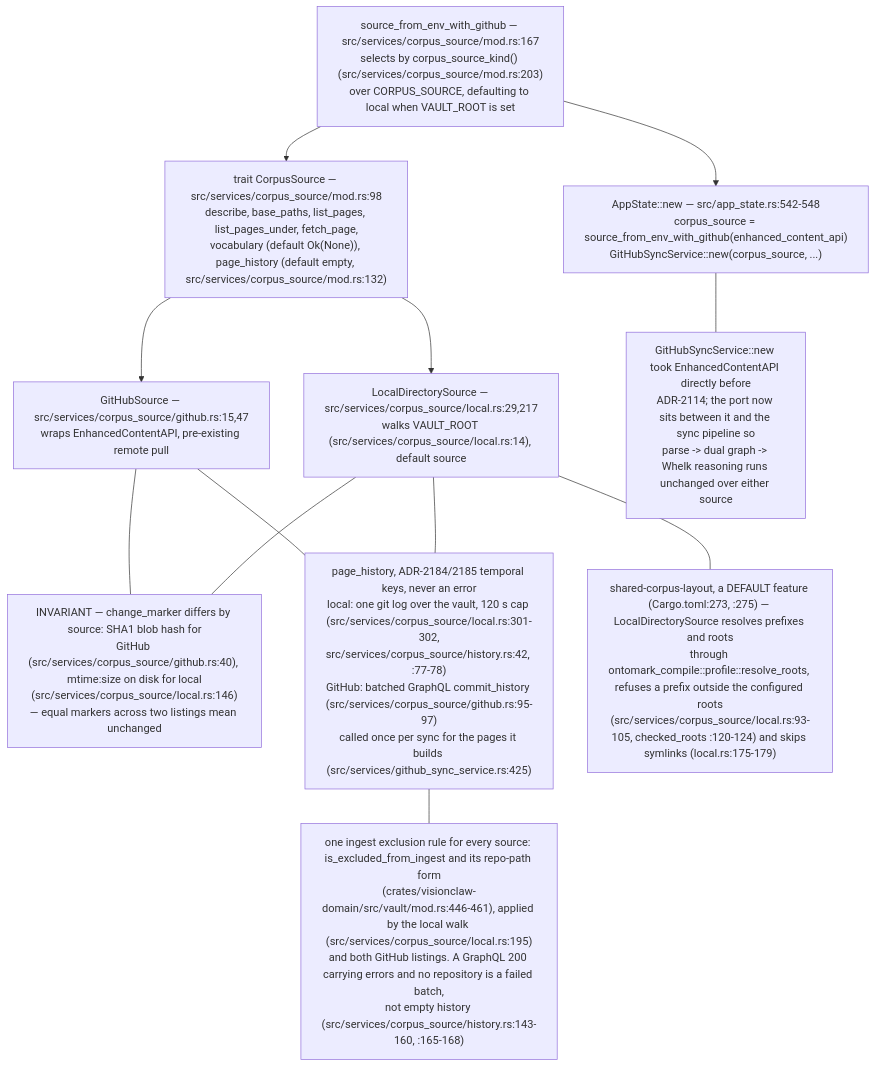
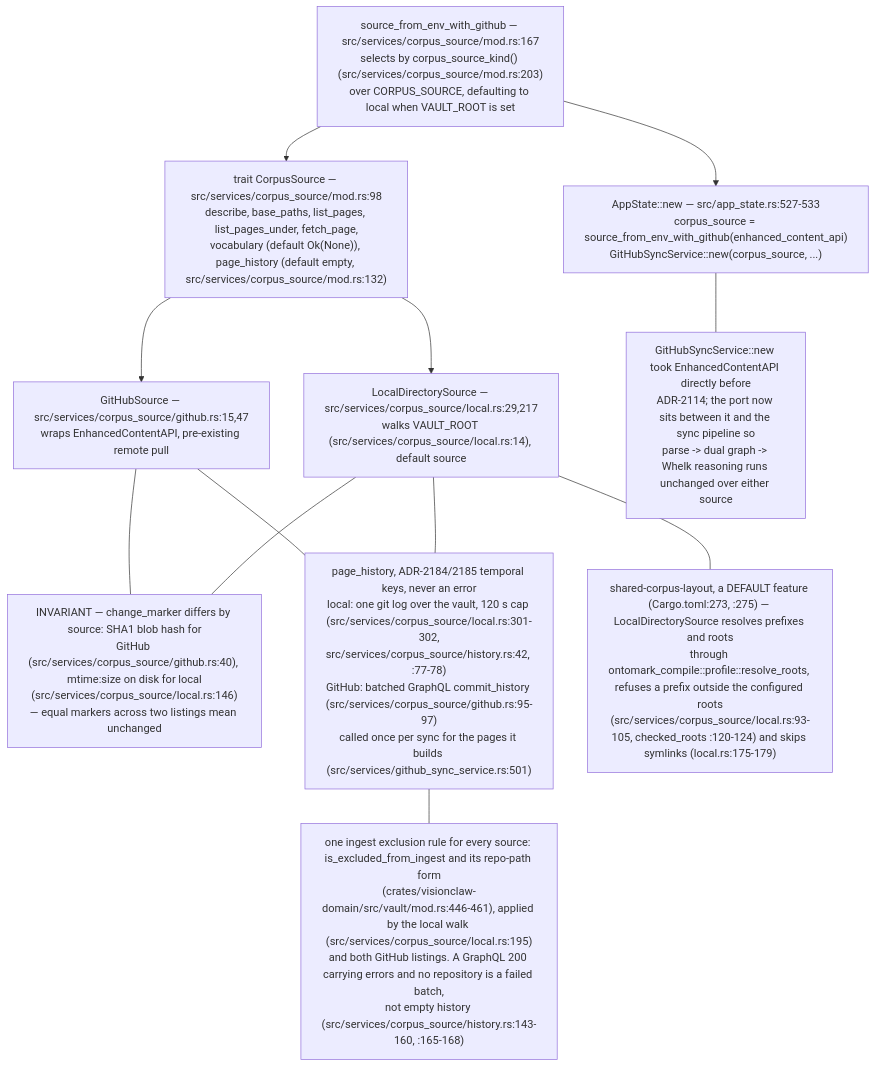
One commit to DreamLab-AI/VisionFlow changed the ninth of 9 diagrams in docs/diagrams/visionclaw/07-hexagonal-ports-and-crates.md. Above: the diagram before and after it, drawn with Mermaid. The commit also changed other lines of this file and 81 other files, not shown here.

First line of the commit message:
docs(diagrams): roll VisionClaw topics to main 010e1109b (PR 37 and 38 merged); fix remaining prose citations

````diff
--- a/docs/diagrams/visionclaw/07-hexagonal-ports-and-crates.md
+++ b/docs/diagrams/visionclaw/07-hexagonal-ports-and-crates.md
@@ -390,22 +390,22 @@
 ```mermaid
 flowchart TB
     T["trait CorpusSource — src/services/corpus_source/mod.rs:98<br/>describe, base_paths, list_pages, list_pages_under, fetch_page,<br/>vocabulary (default Ok(None)), page_history (default empty, src/services/corpus_source/mod.rs:132)"]
     T --> L["LocalDirectorySource — src/services/corpus_source/local.rs:29,217<br/>walks VAULT_ROOT (src/services/corpus_source/local.rs:14), default source"]
     T --> G["GitHubSource — src/services/corpus_source/github.rs:15,47<br/>wraps EnhancedContentAPI, pre-existing remote pull"]
     B["source_from_env_with_github — src/services/corpus_source/mod.rs:167<br/>selects by corpus_source_kind() (src/services/corpus_source/mod.rs:203)<br/>over CORPUS_SOURCE, defaulting to local when VAULT_ROOT is set"]
     B --> T
-    AS["AppState::new — src/app_state.rs:542-548<br/>corpus_source = source_from_env_with_github(enhanced_content_api)<br/>GitHubSyncService::new(corpus_source, ...)"]
+    AS["AppState::new — src/app_state.rs:527-533<br/>corpus_source = source_from_env_with_github(enhanced_content_api)<br/>GitHubSyncService::new(corpus_source, ...)"]
     B --> AS
     N1["INVARIANT — change_marker differs by source: SHA1 blob hash for<br/>GitHub (src/services/corpus_source/github.rs:40), mtime:size on disk for local<br/>(src/services/corpus_source/local.rs:146)<br/>— equal markers across two listings mean unchanged"]
     L --- N1
     G --- N1
     N2["GitHubSyncService::new took EnhancedContentAPI directly before<br/>ADR-2114; the port now sits between it and the sync pipeline so<br/>parse -> dual graph -> Whelk reasoning runs unchanged over either source"]
     AS --- N2
-    H["page_history, ADR-2184/2185 temporal keys, never an error<br/>local: one git log over the vault, 120 s cap (src/services/corpus_source/local.rs:301-302,<br/>src/services/corpus_source/history.rs:42, :77-78)<br/>GitHub: batched GraphQL commit_history (src/services/corpus_source/github.rs:95-97)<br/>called once per sync for the pages it builds (src/services/github_sync_service.rs:425)"]
+    H["page_history, ADR-2184/2185 temporal keys, never an error<br/>local: one git log over the vault, 120 s cap (src/services/corpus_source/local.rs:301-302,<br/>src/services/corpus_source/history.rs:42, :77-78)<br/>GitHub: batched GraphQL commit_history (src/services/corpus_source/github.rs:95-97)<br/>called once per sync for the pages it builds (src/services/github_sync_service.rs:501)"]
     L --- H
     G --- H
     N3["shared-corpus-layout, a DEFAULT feature (Cargo.toml:273, :275) — LocalDirectorySource resolves prefixes and roots<br/>through ontomark_compile::profile::resolve_roots, refuses a prefix outside the configured roots<br/>(src/services/corpus_source/local.rs:93-105, checked_roots :120-124) and skips symlinks (local.rs:175-179)"]
     L --- N3
     N4["one ingest exclusion rule for every source: is_excluded_from_ingest and its repo-path form<br/>(crates/visionclaw-domain/src/vault/mod.rs:446-461), applied by the local walk (src/services/corpus_source/local.rs:195)<br/>and both GitHub listings. A GraphQL 200 carrying errors and no repository is a failed batch,<br/>not empty history (src/services/corpus_source/history.rs:143-160, :165-168)"]
     H --- N4
 ```
````
